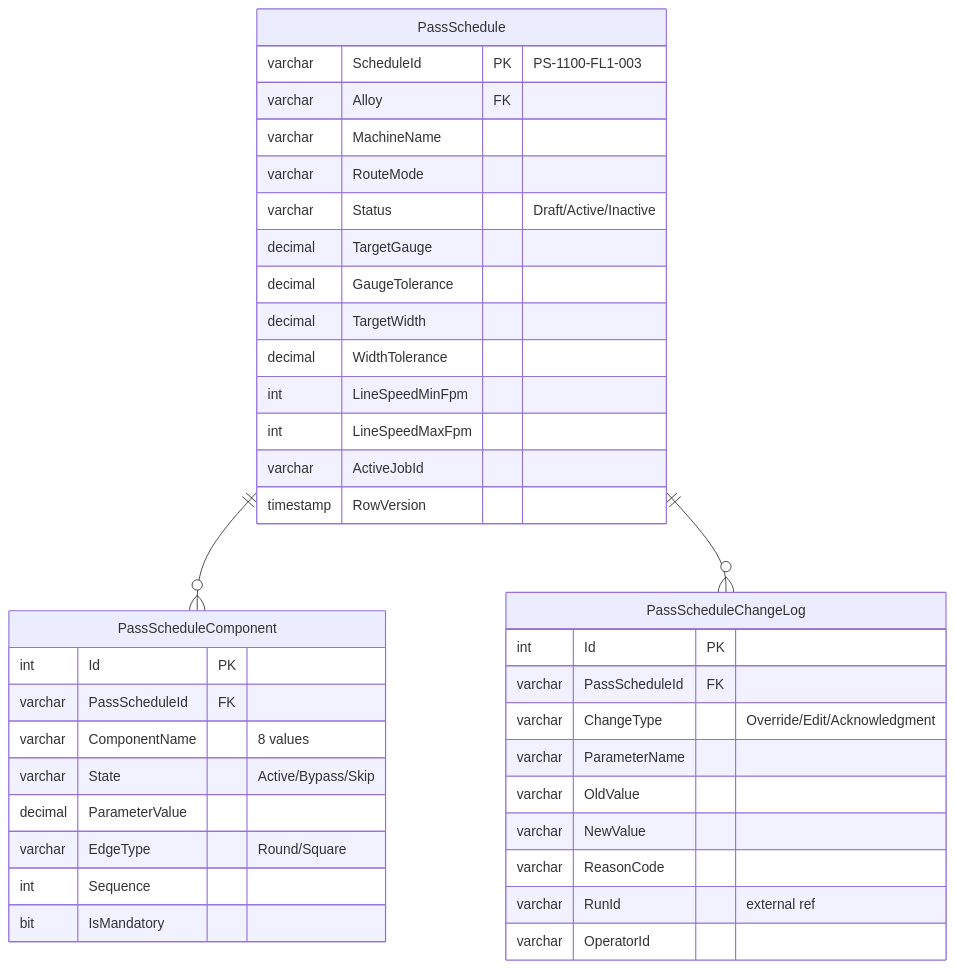
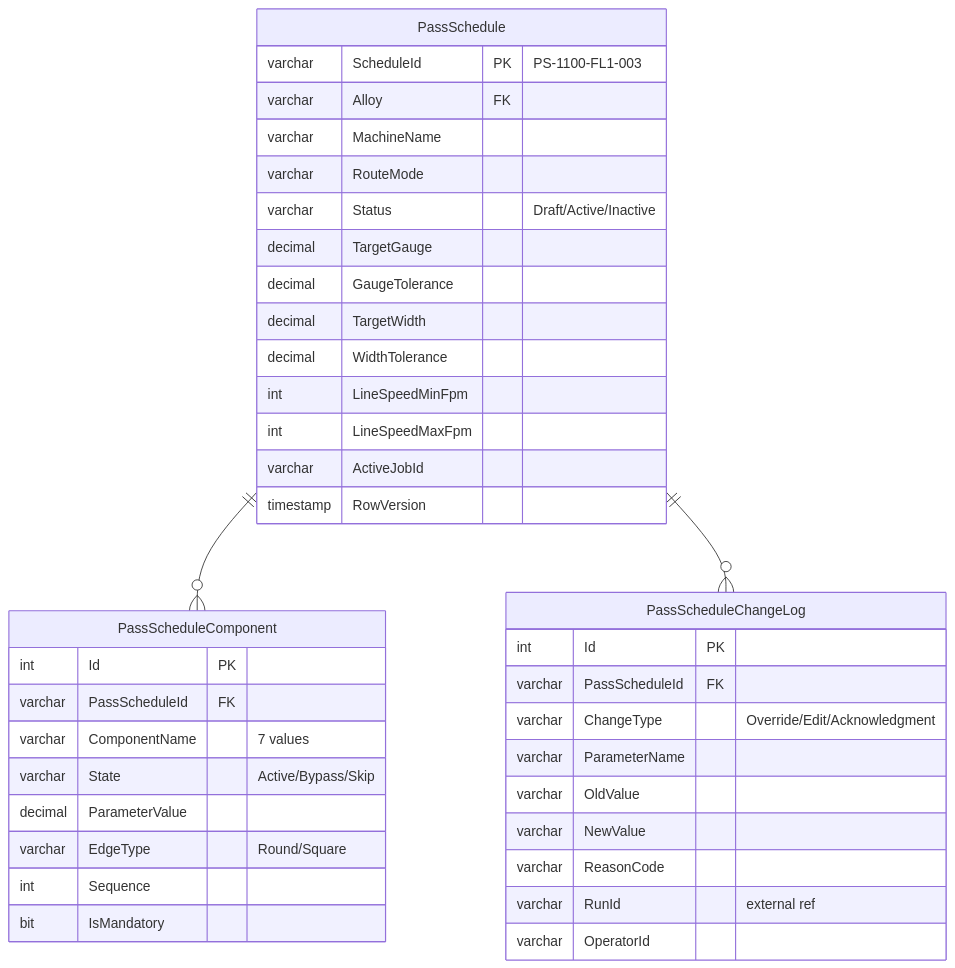
Before and after one commit to UnitedAluminum/Flatwire-planning: the fourth of 7 diagrams in 30-database/DatabaseDesign.md, drawn with Mermaid. The commit also changed other lines of this file and 145 other files, not shown here.

````diff
--- a/30-database/DatabaseDesign.md
+++ b/30-database/DatabaseDesign.md
@@ -793,41 +848,41 @@
 ```mermaid
 erDiagram
     PassSchedule {
         varchar ScheduleId PK "PS-1100-FL1-003"
         varchar Alloy FK
         varchar MachineName
         varchar RouteMode
         varchar Status "Draft/Active/Inactive"
         decimal TargetGauge
         decimal GaugeTolerance
         decimal TargetWidth
         decimal WidthTolerance
         int LineSpeedMinFpm
         int LineSpeedMaxFpm
         varchar ActiveJobId
         timestamp RowVersion
     }
     PassScheduleComponent {
         int Id PK
         varchar PassScheduleId FK
-        varchar ComponentName "8 values"
+        varchar ComponentName "7 values"
         varchar State "Active/Bypass/Skip"
         decimal ParameterValue
         varchar EdgeType "Round/Square"
         int Sequence
         bit IsMandatory
     }
     PassScheduleChangeLog {
         int Id PK
         varchar PassScheduleId FK
         varchar ChangeType "Override/Edit/Acknowledgment"
         varchar ParameterName
         varchar OldValue
         varchar NewValue
         varchar ReasonCode
         varchar RunId "external ref"
         varchar OperatorId
     }
     PassSchedule ||--o{ PassScheduleComponent : ""
     PassSchedule ||--o{ PassScheduleChangeLog : ""
 ```
````
